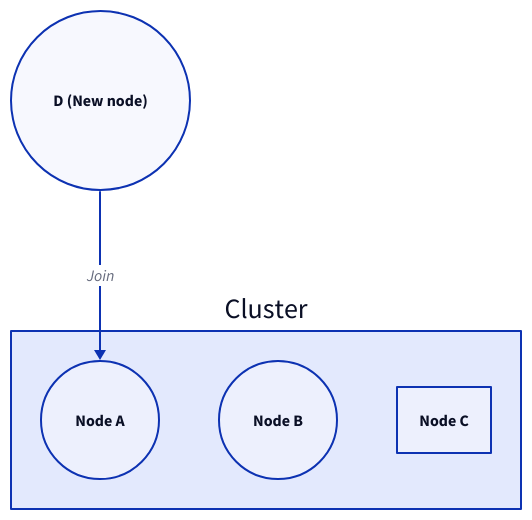
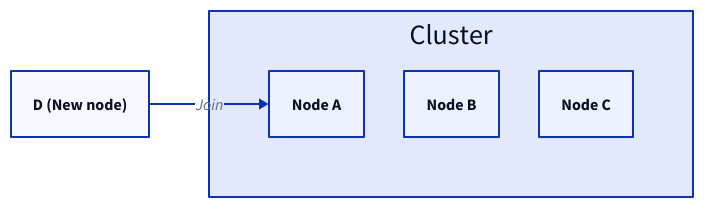
One commit to link1905/system-design-101 changed the first of 12 diagrams in content/docs/data-persistence/distributed-database/peer-to-peer-architecture/consensus-protocol.md. Above: the diagram before and after it, drawn with D2. The commit also changed other lines of this file and 40 other files, not shown here.

````diff
--- a/content/docs/data-persistence/distributed-database/peer-to-peer-architecture/consensus-protocol.md
+++ b/content/docs/data-persistence/distributed-database/peer-to-peer-architecture/consensus-protocol.md
@@ -19,19 +19,20 @@
 ```d2
+n: D (New node) {
+  class: server
+}
 c: Cluster {
-   a: Node A {
-      shape: circle
-   }
-   b: Node B {
-      shape: circle
-   }
-   c: Node C {
-      class: generic-error
-   }
-}
-n: D (New node) {
-   shape: circle
+  grid-rows: 1
+  a: Node A {
+    class: server
+  }
+  b: Node B {
+    class: server
+  }
+  c: Node C {
+    class: generic-error
+  }
 }
 n -> c.a: Join {
-   class: error-conn
+  class: error-conn
 }
 ```
````
